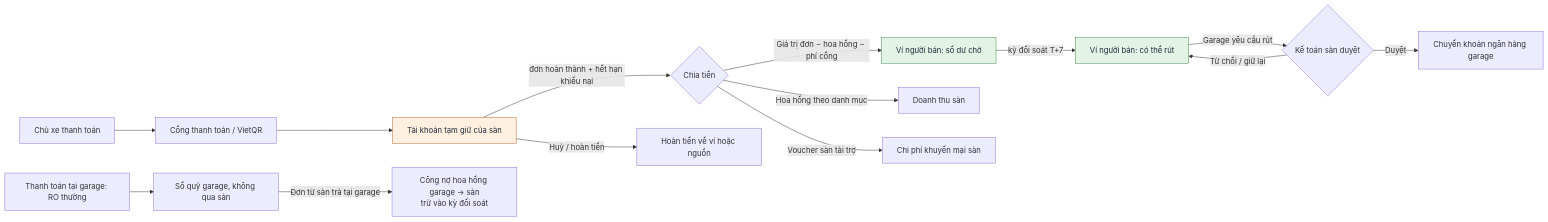
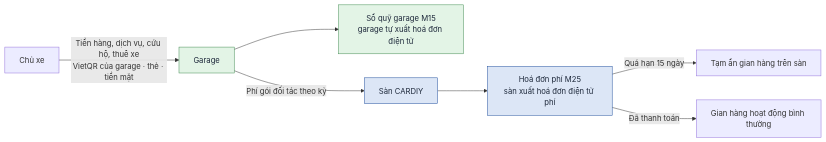
One commit to south93/cardiy-crm changed the fourth of 9 diagrams in docs/04-luong-nghiep-vu.md. Above: the diagram before and after it, drawn with Mermaid. The commit also changed other lines of this file and 9 other files, not shown here.

First line of the commit message:
Cập nhật đặc tả: sàn chỉ là trung gian, cứu hộ là dịch vụ của garage; thêm lộ trình

````diff
--- a/docs/04-luong-nghiep-vu.md
+++ b/docs/04-luong-nghiep-vu.md
@@ -125,18 +125,11 @@
 ```mermaid
 flowchart LR
-  classDef m fill:#e3f4e6,stroke:#3e8a4f,color:#1e293b
-  classDef w fill:#fff0e0,stroke:#b8692a,color:#1e293b
-  CX["Chủ xe thanh toán"] --> GW["Cổng thanh toán / VietQR"]
-  GW --> ESC["Tài khoản tạm giữ của sàn"]:::w
-  ESC -->|"đơn hoàn thành + hết hạn khiếu nại"| SPLIT{"Chia tiền"}
-  SPLIT -->|"Giá trị đơn − hoa hồng − phí cổng"| WS["Ví người bán: số dư chờ"]:::m
-  SPLIT -->|"Hoa hồng theo danh mục"| REV["Doanh thu sàn"]
-  SPLIT -->|"Voucher sàn tài trợ"| PROMO["Chi phí khuyến mại sàn"]
-  WS -->|"kỳ đối soát T+7"| AV["Ví người bán: có thể rút"]:::m
-  AV -->|"Garage yêu cầu rút"| KS{"Kế toán sàn duyệt"}
-  KS -->|"Duyệt"| BANK["Chuyển khoản ngân hàng garage"]
-  KS -->|"Từ chối / giữ lại"| AV
-  ESC -->|"Huỷ / hoàn tiền"| REF["Hoàn tiền về ví hoặc nguồn"]
-  CASH["Thanh toán tại garage: RO thường"] --> GL["Sổ quỹ garage, không qua sàn"]
-  GL -->|"Đơn từ sàn trả tại garage"| DEBT["Công nợ hoa hồng garage → sàn<br/>trừ vào kỳ đối soát"]
+  classDef g fill:#e3f4e6,stroke:#3e8a4f,color:#1e293b
+  classDef p fill:#dce6f6,stroke:#1f4e9c,color:#1e293b
+  CX["Chủ xe"] -->|"Tiền hàng, dịch vụ, cứu hộ, thuê xe<br/>VietQR của garage · thẻ · tiền mặt"| G["Garage"]:::g
+  G --> SQ["Sổ quỹ garage M15<br/>garage tự xuất hoá đơn điện tử"]:::g
+  G -->|"Phí gói đối tác theo kỳ"| P["Sàn CARDIY"]:::p
+  P --> HD["Hoá đơn phí M25<br/>sàn xuất hoá đơn điện tử phí"]:::p
+  HD -->|"Quá hạn 15 ngày"| K["Tạm ẩn gian hàng trên sàn"]
+  HD -->|"Đã thanh toán"| OK["Gian hàng hoạt động bình thường"]
 ```
````
